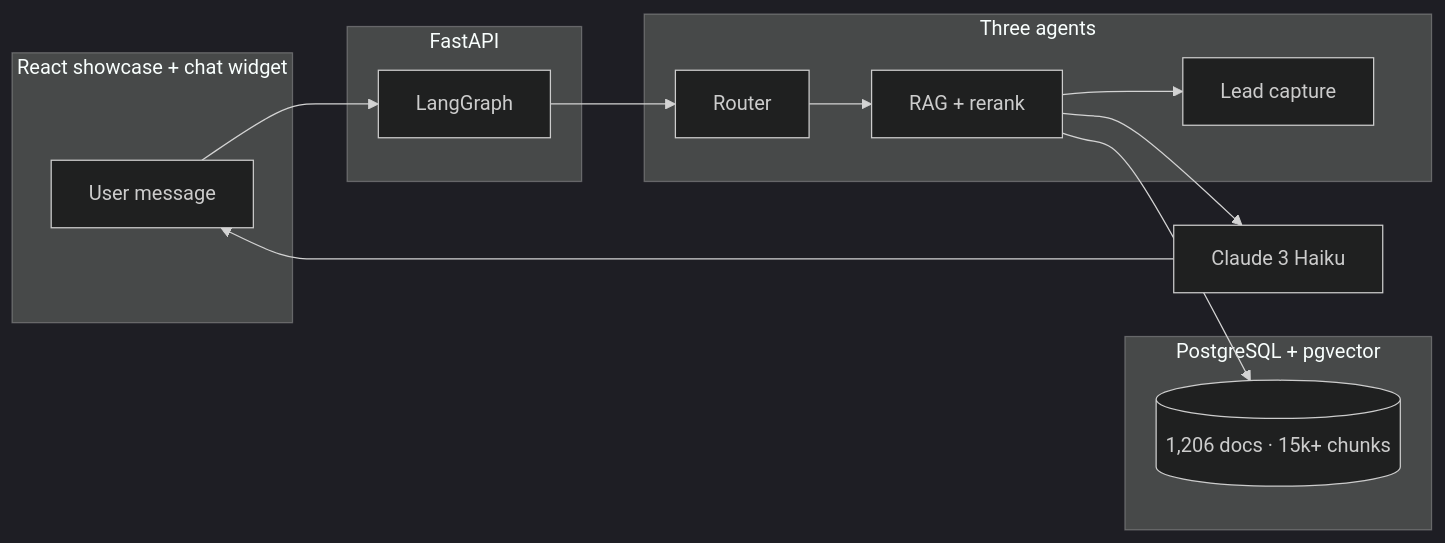
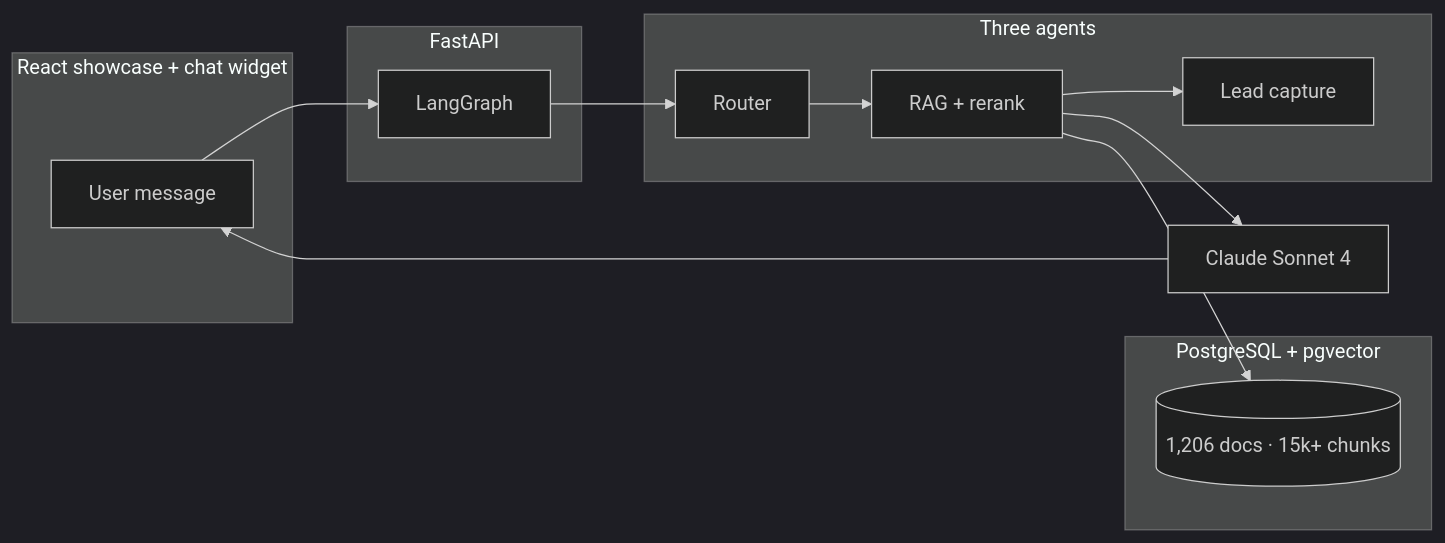
The diagram in README.md (baqarjafri/uos-chat), drawn with Mermaid (dark theme) before and after one commit. The commit also changed other lines of this file and 11 other files, not shown here.

Commit message:
Fix README images and align docs with Claude Sonnet 4

````diff
--- a/README.md
+++ b/README.md
@@ -111,21 +111,21 @@
 ```mermaid
 flowchart LR
   subgraph UI["React showcase + chat widget"]
     A[User message]
   end
   subgraph API["FastAPI"]
     B[LangGraph]
   end
   subgraph Agents["Three agents"]
     R[Router]
     G[RAG + rerank]
     L[Lead capture]
   end
   subgraph Data["PostgreSQL + pgvector"]
     D[(1,206 docs · 15k+ chunks)]
   end
   A --> B --> R --> G --> L
   G --> D
-  G --> H[Claude 3 Haiku]
+  G --> H[Claude Sonnet 4]
   H --> A
 ```
````
